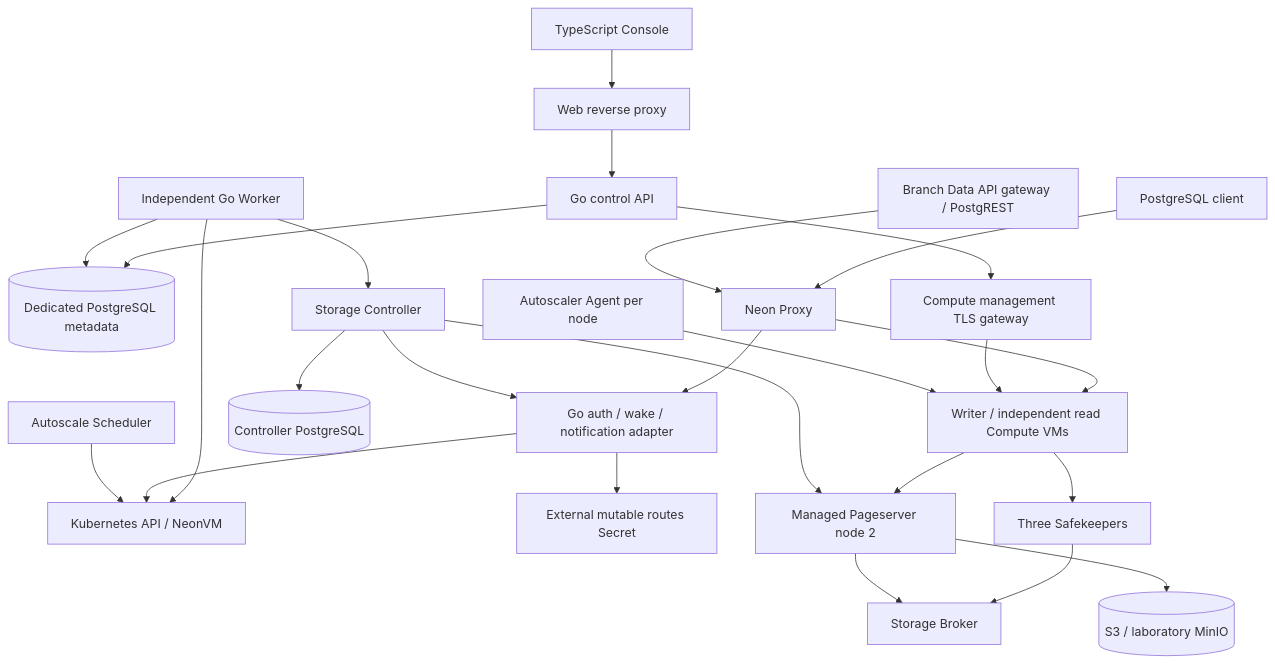
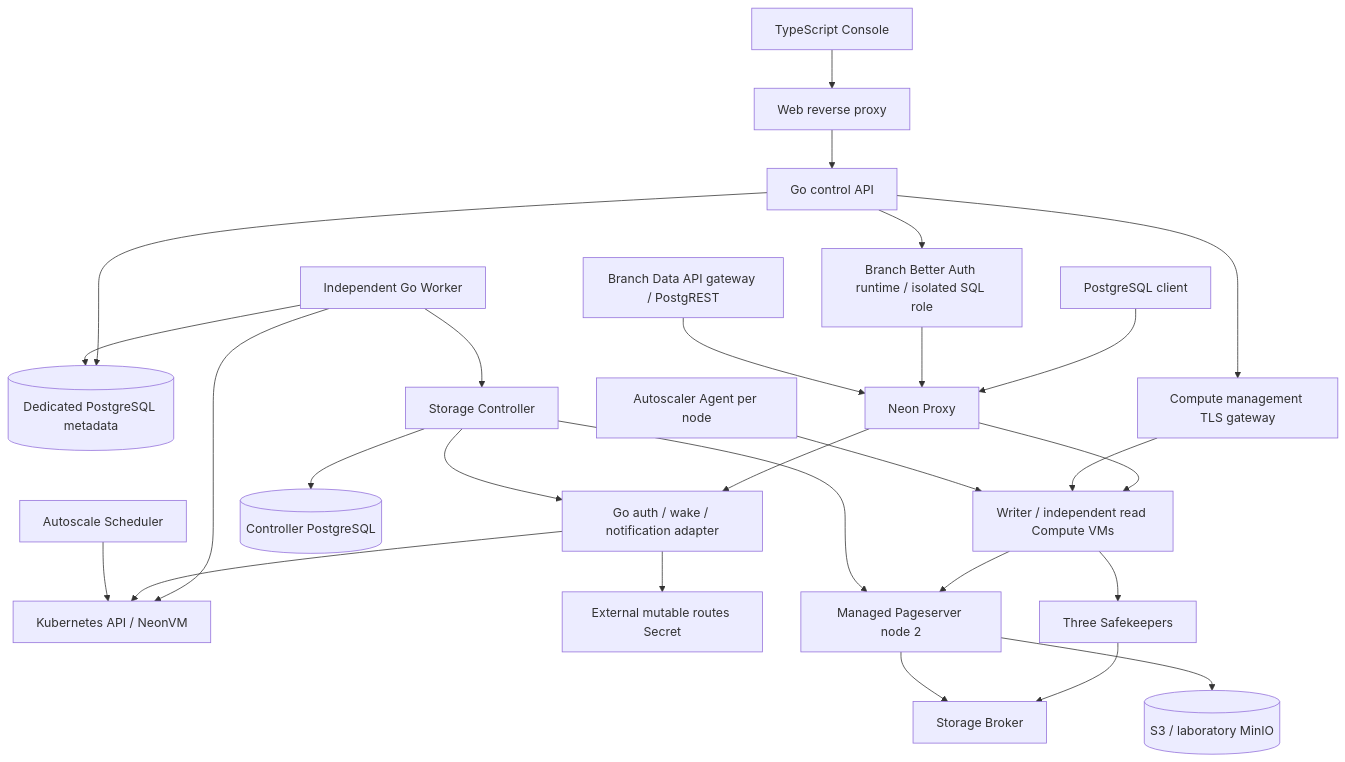
One commit to william-lbn/neon-helm changed the first of 2 diagrams in docs/ARCHITECTURE.md. Above: the diagram before and after it, drawn with Mermaid. The commit also changed other lines of this file and 37 other files, not shown here.

````diff
--- a/docs/ARCHITECTURE.md
+++ b/docs/ARCHITECTURE.md
@@ -11,27 +11,29 @@
 ```mermaid
 flowchart TB
   Browser[TypeScript Console] --> Web[Web reverse proxy]
   Web --> API[Go control API]
   API --> Meta[(Dedicated PostgreSQL metadata)]
   Worker[Independent Go Worker] --> Meta
   Worker --> SC[Storage Controller]
   Worker --> Kube[Kubernetes API / NeonVM]
   SQL[PostgreSQL client] --> Proxy[Neon Proxy]
   Proxy --> Adapter[Go auth / wake / notification adapter]
   Adapter --> Routes[External mutable routes Secret]
   Adapter --> Kube
   Proxy --> Compute[Writer / independent read Compute VMs]
   Compute --> SK[Three Safekeepers]
   Compute --> PS[Managed Pageserver node 2]
   SK --> Broker[Storage Broker]
   PS --> Broker
   PS --> S3[(S3 / laboratory MinIO)]
   SC --> SCDB[(Controller PostgreSQL)]
   SC --> PS
   SC --> Adapter
   API --> Gateway[Compute management TLS gateway]
   Gateway --> Compute
   Scheduler[Autoscale Scheduler] --> Kube
   Agent[Autoscaler Agent per node] --> Compute
+  API --> Auth[Branch Better Auth runtime / isolated SQL role]
+  Auth --> Proxy
   DataAPI[Branch Data API gateway / PostgREST] --> Proxy
 ```
````
